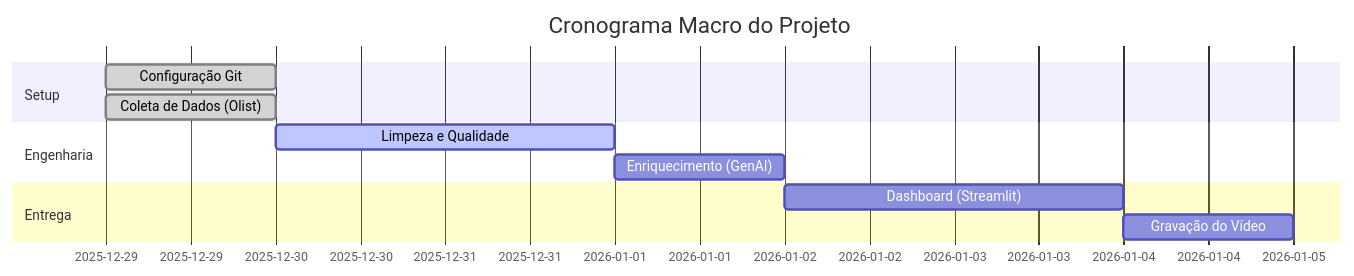
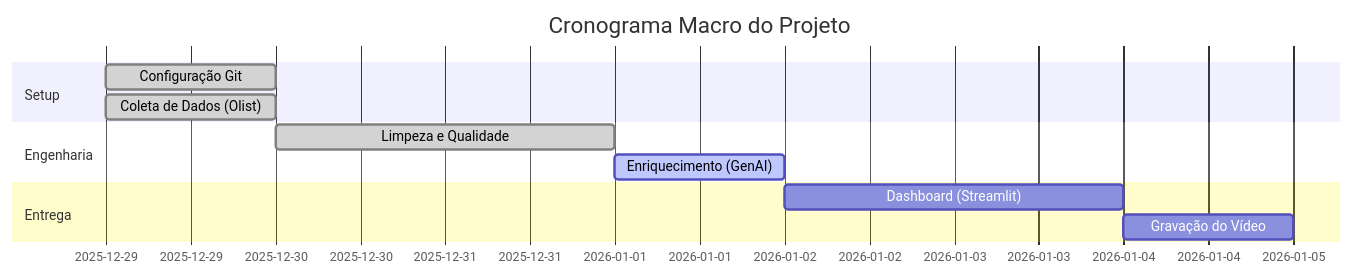
One commit to Luizrev/LUIZ_SOUZA_DDF_TECH_122025 changed the diagram in docs/planejamento.md. Above: the diagram before and after it, drawn with Mermaid.

Commit message:
Atualizando o planejamento

````diff
--- a/docs/planejamento.md
+++ b/docs/planejamento.md
@@ -27,14 +27,14 @@
 ```mermaid
 gantt
     title Cronograma Macro do Projeto
     dateFormat  YYYY-MM-DD
     section Setup
     Configuração Git          :done,    des1, 2025-12-29, 1d
     Coleta de Dados (Olist)   :done,    des2, 2025-12-29, 1d
     section Engenharia
-    Limpeza e Qualidade       :active,  des3, after des2, 2d
-    Enriquecimento (GenAI)    :         des4, after des3, 1d
+    Limpeza e Qualidade       :done,  des3, after des2, 2d
+    Enriquecimento (GenAI)    :active,des4, after des3, 1d
     section Entrega
     Dashboard (Streamlit)     :         des5, after des4, 2d
     Gravação do Vídeo         :         des6, after des5, 1d
 ```
````
